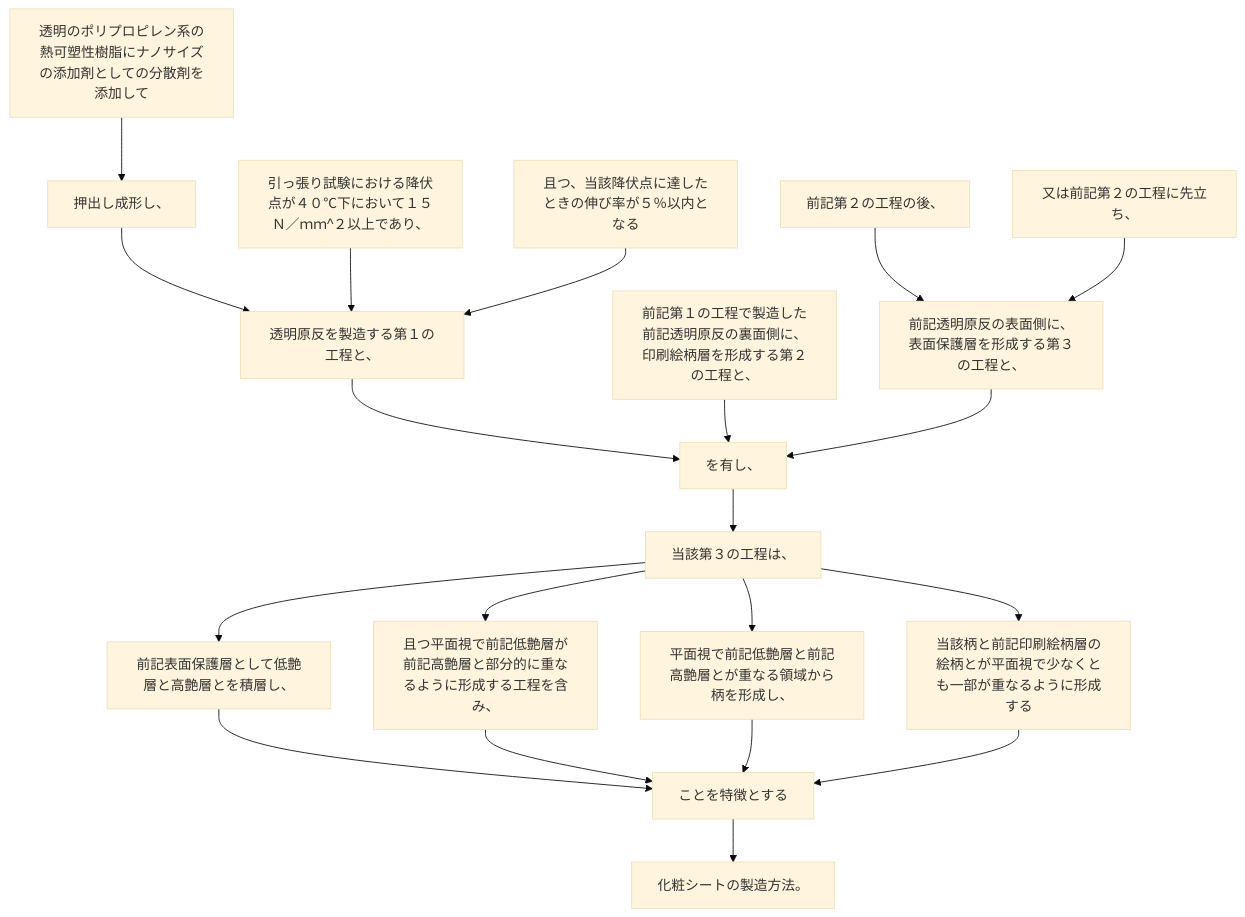
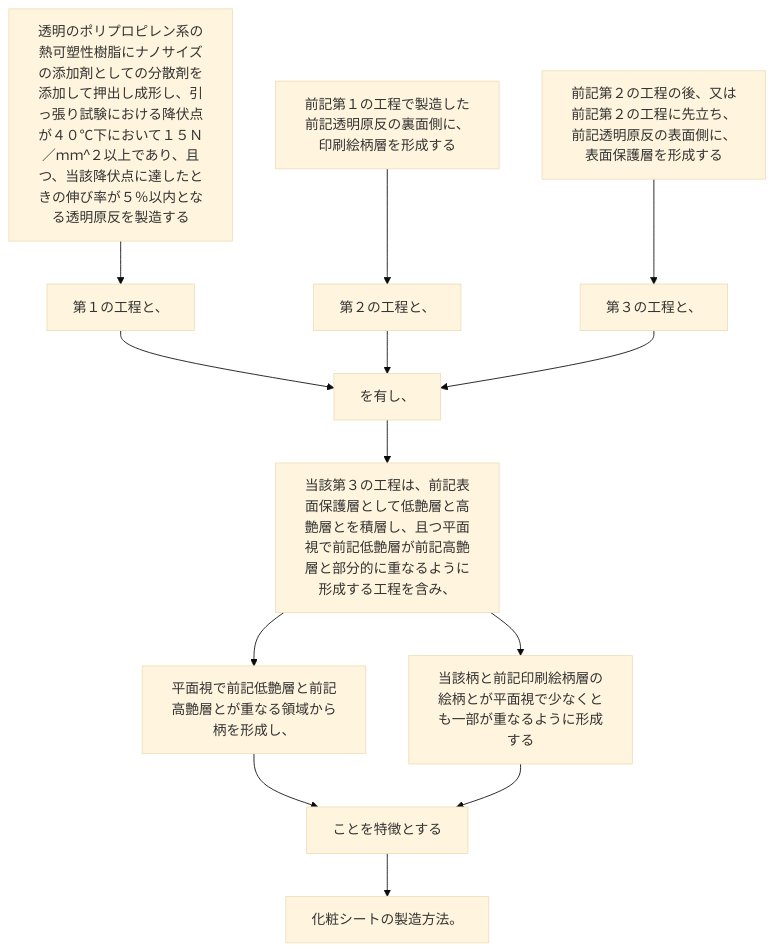
The diagram in 2024/JP2024006643A/claim_9/README.md (shinmori55/patent_analyzed), drawn with Mermaid (base theme) before and after one commit. The commit also changed 25 other files, not shown here.

````diff
--- a/2024/JP2024006643A/claim_9/README.md
+++ b/2024/JP2024006643A/claim_9/README.md
@@ -7,39 +7,33 @@
 ```mermaid
 flowchart TD
-A[透明のポリプロピレン系の熱可塑性樹脂にナノサイズの添加剤としての分散剤を添加して]
-B[押出し成形し、]
-C[引っ張り試験における降伏点が４０℃下において１５Ｎ／ｍｍ^２以上であり、]
-D[且つ、当該降伏点に達したときの伸び率が５％以内となる]
-E[透明原反を製造する第１の工程と、]
-F[前記第１の工程で製造した前記透明原反の裏面側に、印刷絵柄層を形成する第２の工程と、]
-G[前記第２の工程の後、]
-H[又は前記第２の工程に先立ち、]
-I[前記透明原反の表面側に、表面保護層を形成する第３の工程と、]
-J[を有し、]
-K[当該第３の工程は、]
-L[前記表面保護層として低艶層と高艶層とを積層し、]
-M[且つ平面視で前記低艶層が前記高艶層と部分的に重なるように形成する工程を含み、]
-N[平面視で前記低艶層と前記高艶層とが重なる領域から柄を形成し、]
-O[当該柄と前記印刷絵柄層の絵柄とが平面視で少なくとも一部が重なるように形成する]
-P[ことを特徴とする]
-Q[化粧シートの製造方法。]
+A[透明のポリプロピレン系の熱可塑性樹脂にナノサイズの添加剤としての分散剤を添加して押出し成形し、引っ張り試験における降伏点が４０℃下において１５Ｎ／ｍｍ^２以上であり、且つ、当該降伏点に達したときの伸び率が５％以内となる透明原反を製造する]
+B[第１の工程と、]
+C[前記第１の工程で製造した前記透明原反の裏面側に、印刷絵柄層を形成する]
+D[第２の工程と、]
+E[前記第２の工程の後、又は前記第２の工程に先立ち、前記透明原反の表面側に、表面保護層を形成する]
+F[第３の工程と、]
+G[を有し、]
+H[当該第３の工程は、前記表面保護層として低艶層と高艶層とを積層し、且つ平面視で前記低艶層が前記高艶層と部分的に重なるように形成する工程を含み、]
+I[平面視で前記低艶層と前記高艶層とが重なる領域から柄を形成し、]
+J[当該柄と前記印刷絵柄層の絵柄とが平面視で少なくとも一部が重なるように形成する]
+K[ことを特徴とする]
+L[化粧シートの製造方法。]
+
 A --> B
-B --> E
-C --> E
-D --> E
-E --> J
-F --> J
-G --> I
+C --> D
+E --> F
+
+B --> G
+D --> G
+F --> G
+
+G --> H
+
 H --> I
-I --> J
+H --> J
+
+I --> K
 J --> K
+
 K --> L
-K --> M
-K --> N
-K --> O
-L --> P
-M --> P
-N --> P
-O --> P
-P --> Q
 ```
````
